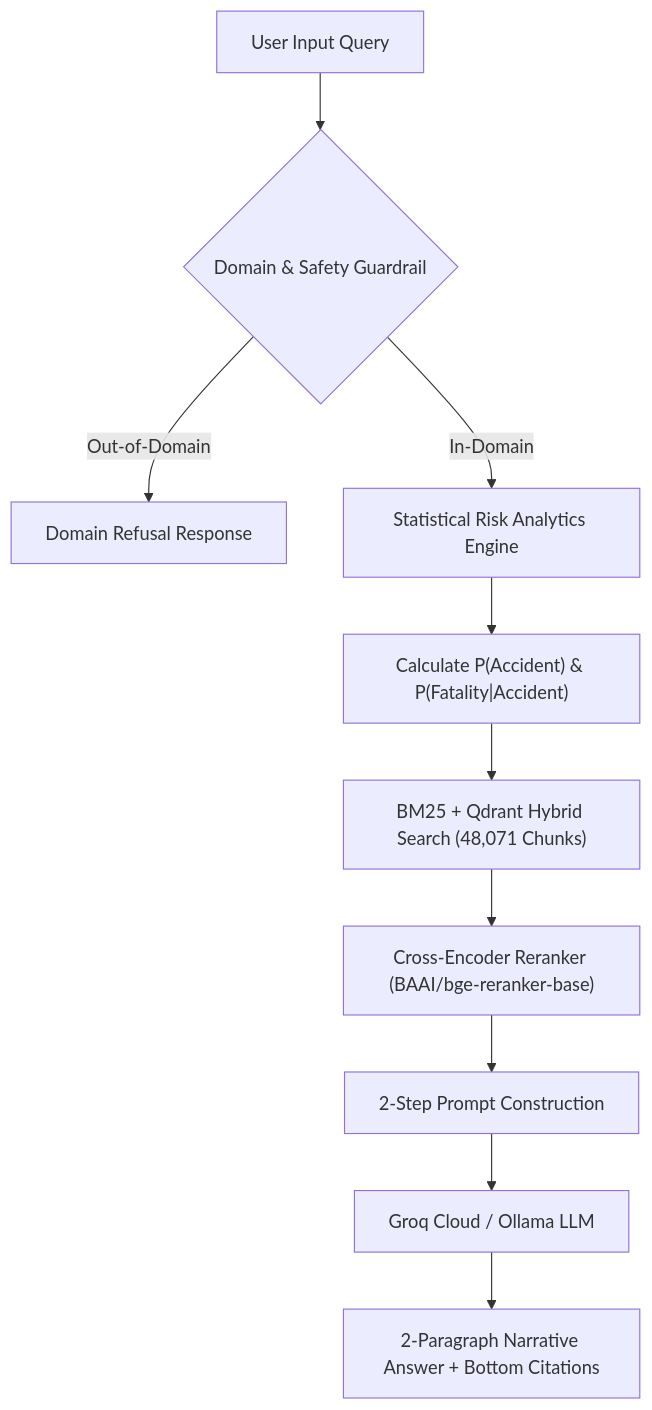
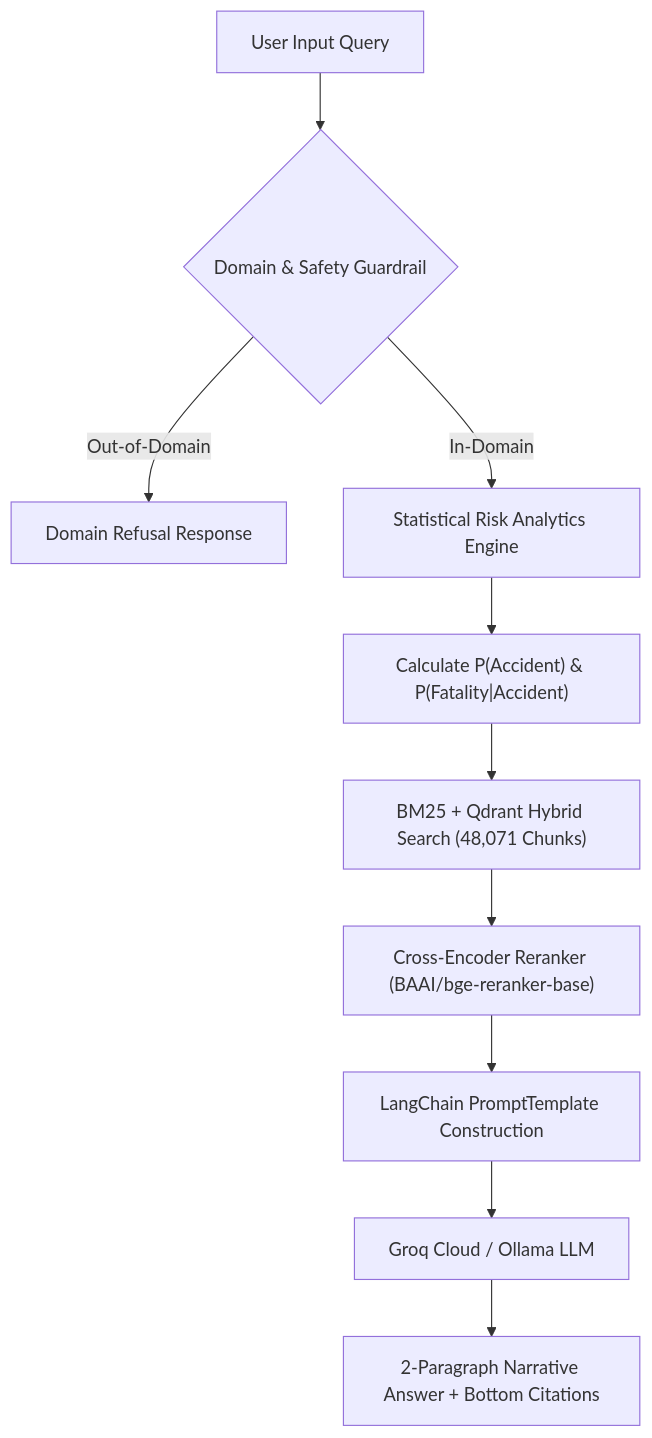
Before and after one commit to PriyankaHichkad/Mine-Safety-Assistant: the diagram in README.md, drawn with Mermaid. The commit also changed other lines of this file, not shown here.

````diff
--- a/README.md
+++ b/README.md
@@ -45,12 +50,12 @@
 ```mermaid
 flowchart TD
     UserQuery["User Input Query"] --> Guardrail{"Domain & Safety Guardrail"}
     Guardrail -- Out-of-Domain --> Refusal["Domain Refusal Response"]
     Guardrail -- In-Domain --> RiskEngine["Statistical Risk Analytics Engine"]
     RiskEngine --> Formulas["Calculate P(Accident) & P(Fatality|Accident)"]
     Formulas --> HybridRetriever["BM25 + Qdrant Hybrid Search (48,071 Chunks)"]
     HybridRetriever --> Reranker["Cross-Encoder Reranker (BAAI/bge-reranker-base)"]
-    Reranker --> PromptBuilder["2-Step Prompt Construction"]
+    Reranker --> PromptBuilder["LangChain PromptTemplate Construction"]
     PromptBuilder --> LLM["Groq Cloud / Ollama LLM"]
     LLM --> StructuredResponse["2-Paragraph Narrative Answer + Bottom Citations"]
 ```
````
